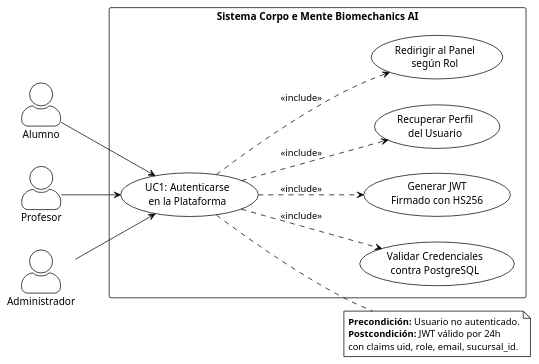
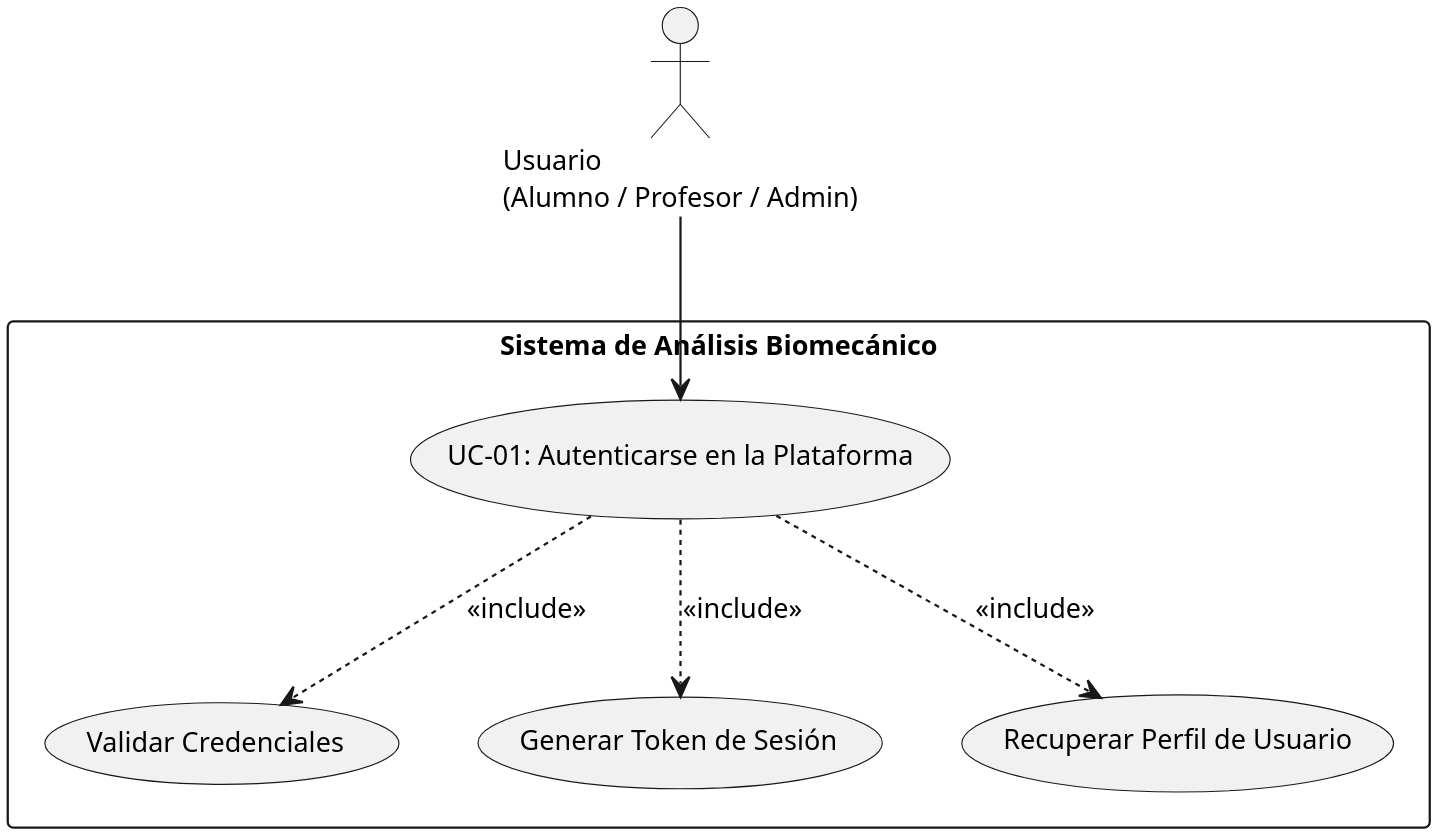
The diagram in Libros/Diagramas/CU-1/01_caso_de_uso_uc1.puml (Tsmrain/JiuJitsu), drawn with PlantUML before and after one commit. The commit also changed 3 other files, not shown here.

Commit message:
Diagramas de UC-01 actualizados

```diff
--- a/Libros/Diagramas/CU-1/01_caso_de_uso_uc1.puml
+++ b/Libros/Diagramas/CU-1/01_caso_de_uso_uc1.puml
@@ -1,35 +1,21 @@
 @startuml
-!theme plain
-left to right direction
+skinparam dpi 300
+skinparam defaultFontName "Arial"
+skinparam defaultFontSize 12
 skinparam packageStyle rectangle
-skinparam actorStyle awesome
 
-actor "Alumno" as Alumno
-actor "Profesor" as Profesor
-actor "Administrador" as Admin
+actor "Usuario\n(Alumno / Profesor / Admin)" as user
 
-rectangle "Sistema Corpo e Mente Biomechanics AI" {
-    usecase "UC1: Autenticarse\nen la Plataforma" as UC1
-    
-    usecase "Validar Credenciales\ncontra PostgreSQL" as UC1_Validar
-    usecase "Generar JWT\nFirmado con HS256" as UC1_JWT
-    usecase "Recuperar Perfil\ndel Usuario" as UC1_Perfil
-    usecase "Redirigir al Panel\nsegún Rol" as UC1_Redirigir
+rectangle "Sistema de Análisis Biomecánico" {
+  usecase "UC-01: Autenticarse en la Plataforma" as UC01
+  usecase "Validar Credenciales" as UC01_1
+  usecase "Generar Token de Sesión" as UC01_2
+  usecase "Recuperar Perfil de Usuario" as UC01_3
 }
 
-Alumno --> UC1
-Profesor --> UC1
-Admin --> UC1
-
-UC1 ..> UC1_Validar : <<include>>
-UC1 ..> UC1_JWT : <<include>>
-UC1 ..> UC1_Perfil : <<include>>
-UC1 ..> UC1_Redirigir : <<include>>
-
-note right of UC1
-  **Precondición:** Usuario no autenticado.
-  **Postcondición:** JWT válido por 24h
-  con claims uid, role, email, sucursal_id.
-end note
+user --> UC01
+UC01 ..> UC01_1 : <<include>>
+UC01 ..> UC01_2 : <<include>>
+UC01 ..> UC01_3 : <<include>>
 
 @enduml
```
